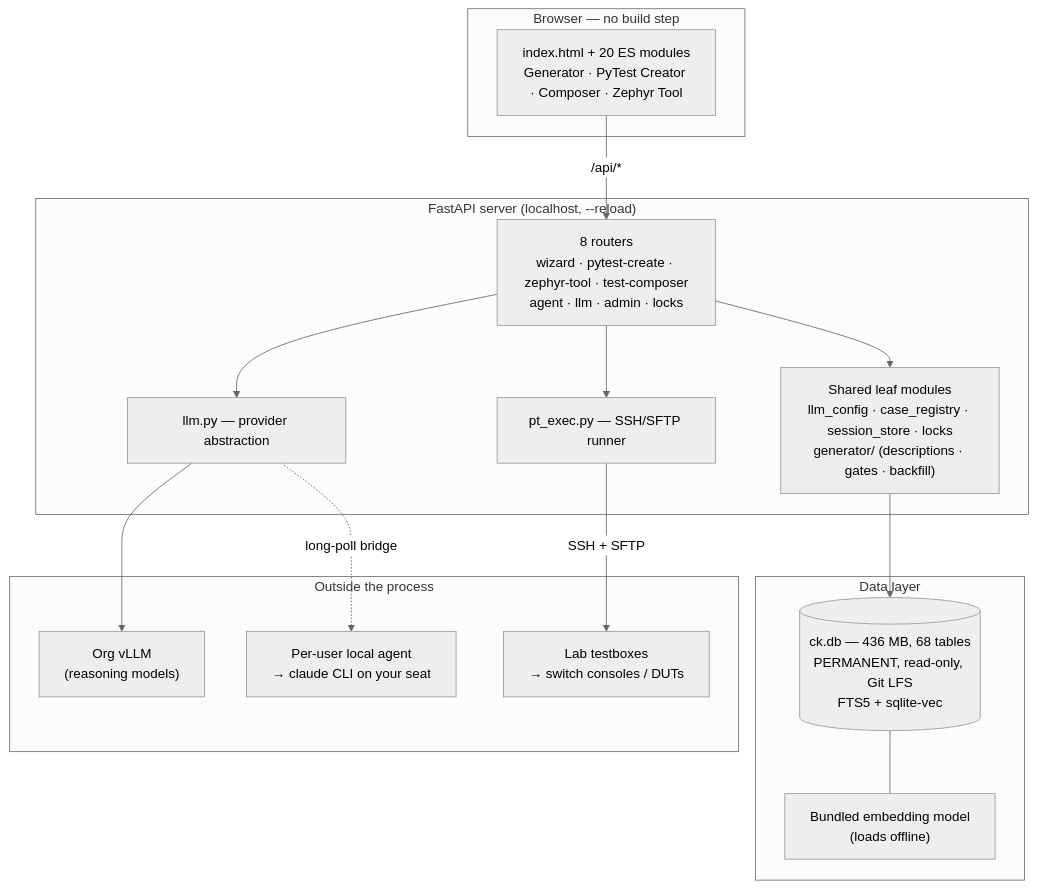
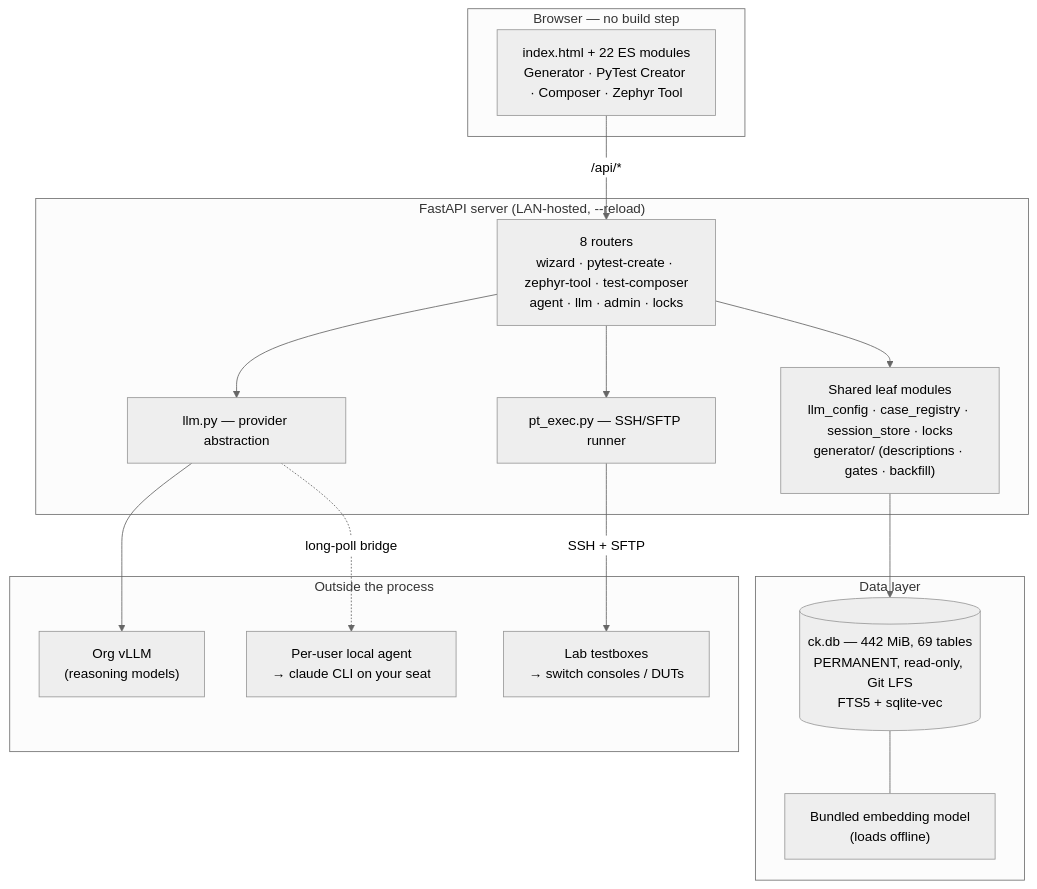
One commit to terrenceb-atlnz/Test-cases changed the diagram in ask-ck/ARCHITECTURE.md. Above: the diagram before and after it, drawn with Mermaid (neutral theme). The commit also changed other lines of this file and 83 other files, not shown here.

````diff
--- a/ask-ck/ARCHITECTURE.md
+++ b/ask-ck/ARCHITECTURE.md
@@ -65,32 +69,32 @@
 ```mermaid
 flowchart TB
     subgraph browser["Browser — no build step"]
-        UI["index.html + 20 ES modules<br/>Generator · PyTest Creator · Composer · Zephyr Tool"]
+        UI["index.html + 22 ES modules<br/>Generator · PyTest Creator · Composer · Zephyr Tool"]
     end
 
-    subgraph server["FastAPI server (localhost, --reload)"]
+    subgraph server["FastAPI server (LAN-hosted, --reload)"]
         R["8 routers<br/>wizard · pytest-create · zephyr-tool · test-composer<br/>agent · llm · admin · locks"]
         CORE["Shared leaf modules<br/>llm_config · case_registry · session_store · locks<br/>generator/ (descriptions · gates · backfill)"]
         LLM["llm.py — provider abstraction"]
         EXEC["pt_exec.py — SSH/SFTP runner"]
     end
 
     subgraph data["Data layer"]
-        DB[("ck.db — 436 MB, 68 tables<br/>PERMANENT, read-only, Git LFS<br/>FTS5 + sqlite-vec")]
+        DB[("ck.db — 442 MiB, 69 tables<br/>PERMANENT, read-only, Git LFS<br/>FTS5 + sqlite-vec")]
         EMB["Bundled embedding model<br/>(loads offline)"]
     end
 
     subgraph ext["Outside the process"]
         VLLM["Org vLLM<br/>(reasoning models)"]
         AGENT["Per-user local agent<br/>→ claude CLI on your seat"]
         TB["Lab testboxes<br/>→ switch consoles / DUTs"]
     end
 
     UI -->|"/api/*"| R
     R --> CORE --> DB
     R --> LLM
     LLM --> VLLM
     LLM -.->|long-poll bridge| AGENT
     R --> EXEC -->|"SSH + SFTP"| TB
     DB --- EMB
 ```
````
